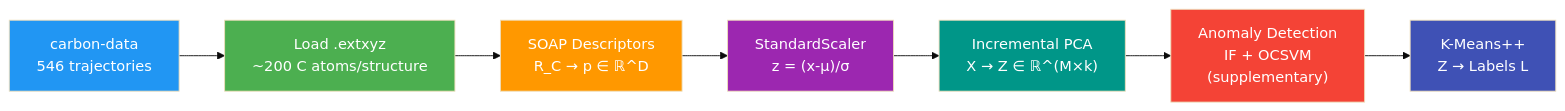
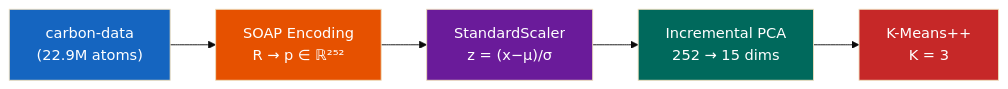
The diagram in README.md (minhduc110207/carbon-clustering), drawn with Mermaid (base theme) before and after one commit. The commit also changed other lines of this file and 14 other files, not shown here.

````diff
--- a/README.md
+++ b/README.md
@@ -12,17 +7,13 @@
 ```mermaid
 graph LR
-    A["carbon-data<br/>546 trajectories"] --> B["Load .extxyz<br/>~200 C atoms/structure"]
-    B --> C["SOAP Descriptors<br/>R_C → p ∈ ℝ^D"]
-    C --> D["StandardScaler<br/>z = (x-μ)/σ"]
-    D --> E["Incremental PCA<br/>X → Z ∈ ℝ^(M×k)"]
-    E --> F["Anomaly Detection<br/>IF + OCSVM<br/>(supplementary)"]
-    F --> G["K-Means++<br/>Z → Labels L"]
+    A["carbon-data<br/>(22.9M atoms)"] --> B["SOAP Encoding<br/>R → p ∈ ℝ²⁵²"]
+    B --> C["StandardScaler<br/>z = (x−μ)/σ"]
+    C --> D["Incremental PCA<br/>252 → 15 dims"]
+    D --> E["K-Means++<br/>K = 3"]
 
-    style A fill:#2196F3,color:#fff
-    style B fill:#4CAF50,color:#fff
-    style C fill:#FF9800,color:#fff
-    style D fill:#9C27B0,color:#fff
-    style E fill:#009688,color:#fff
-    style F fill:#F44336,color:#fff
-    style G fill:#3F51B5,color:#fff
+    style A fill:#1565C0,color:#fff
+    style B fill:#E65100,color:#fff
+    style C fill:#6A1B9A,color:#fff
+    style D fill:#00695C,color:#fff
+    style E fill:#C62828,color:#fff
 ```
````
